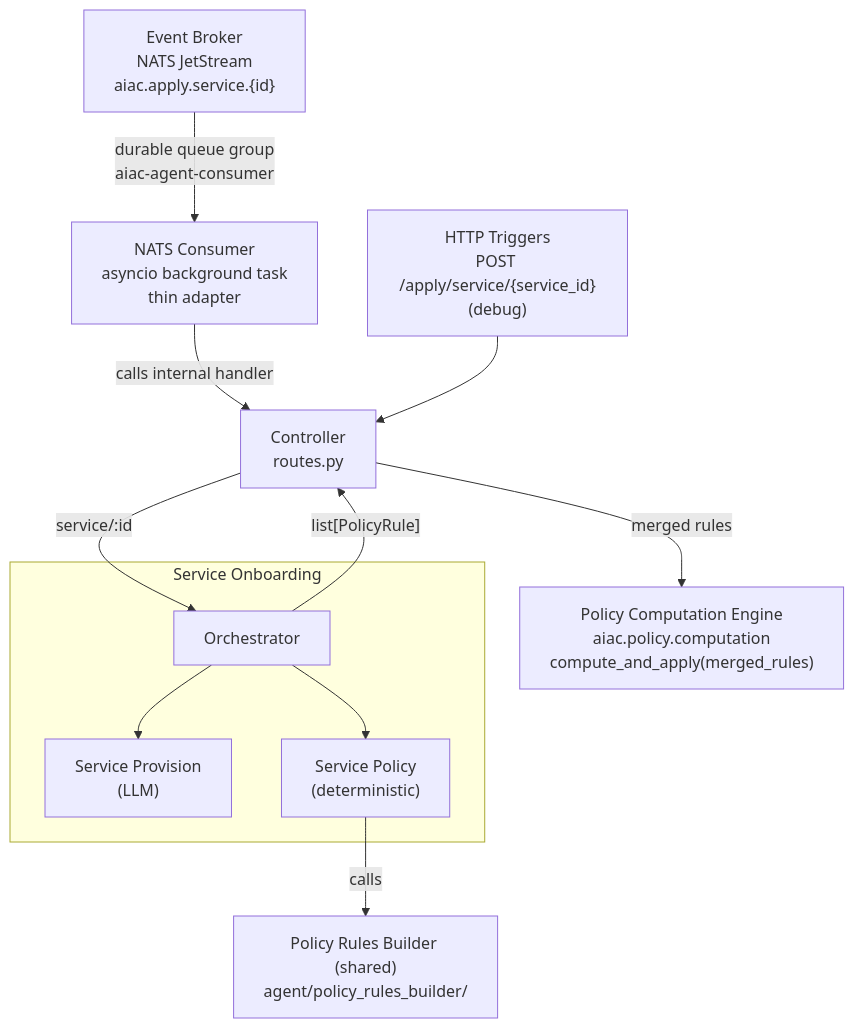
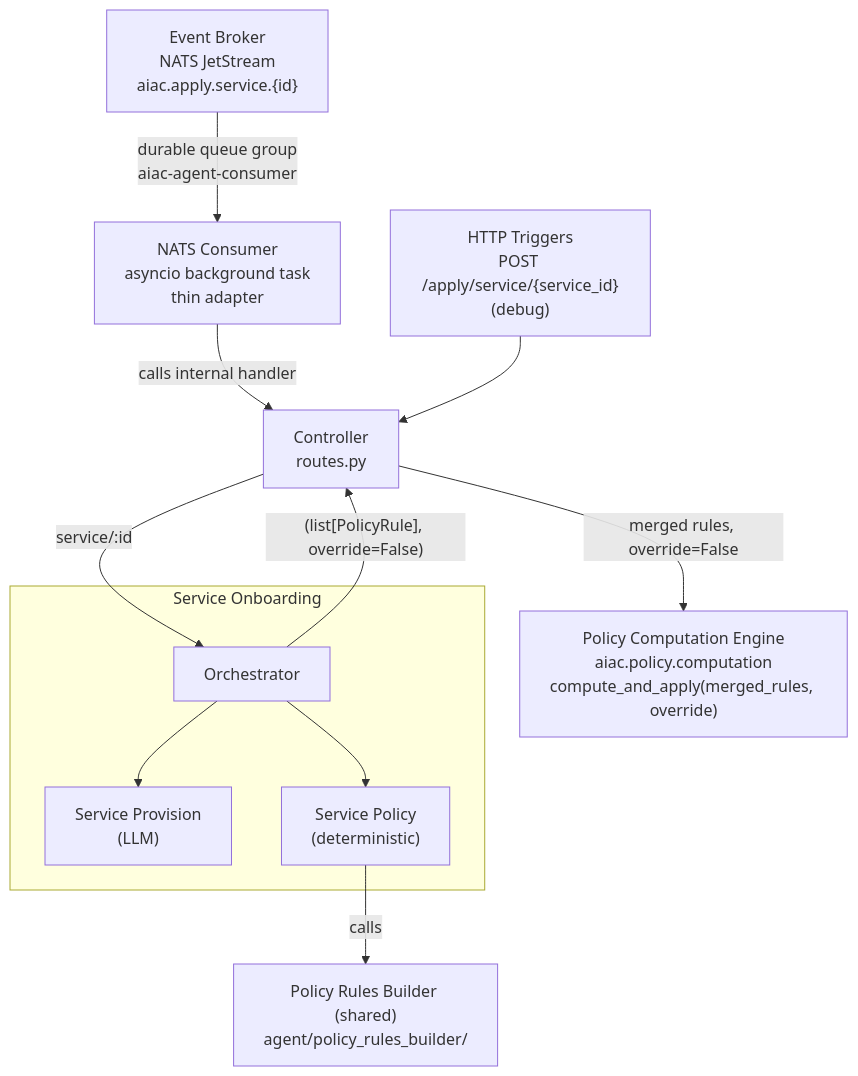
Before and after one commit to rossoctl/aiac: the diagram in inception/requirements/components/aiac-agent/uc1-service-onboarding.md, drawn with Mermaid. The commit also changed other lines of this file and 3 other files, not shown here.

First line of the commit message:
docs(aiac): Move role flattening upstream of PRB; add PCE append/override

````diff
--- a/inception/requirements/components/aiac-agent/uc1-service-onboarding.md
+++ b/inception/requirements/components/aiac-agent/uc1-service-onboarding.md
@@ -21,27 +21,27 @@
 ```mermaid
 flowchart TD
     NATS["Event Broker\nNATS JetStream\naiac.apply.service.{id}"]
     NATS_CONSUMER["NATS Consumer\nasyncio background task\nthin adapter"]
     TRIGGERS["HTTP Triggers\nPOST /apply/service/{service_id}\n(debug)"]
     CTRL["Controller\nroutes.py"]
 
     NATS -->|"durable queue group\naiac-agent-consumer"| NATS_CONSUMER
     NATS_CONSUMER -->|"calls internal handler"| CTRL
     TRIGGERS --> CTRL
 
     subgraph CO["Service Onboarding"]
         ORC["Orchestrator"]
         SA_PROV["Service Provision\n(LLM)"]
         SA_POL["Service Policy\n(deterministic)"]
         ORC --> SA_PROV
         ORC --> SA_POL
     end
 
     PRB["Policy Rules Builder (shared)\nagent/policy_rules_builder/"]
-    PCE["Policy Computation Engine\naiac.policy.computation\ncompute_and_apply(merged_rules)"]
+    PCE["Policy Computation Engine\naiac.policy.computation\ncompute_and_apply(merged_rules, override)"]
 
     CTRL -->|"service/:id"| ORC
     SA_POL -->|"calls"| PRB
-    ORC -->|"list[PolicyRule]"| CTRL
-    CTRL -->|"merged rules"| PCE
+    ORC -->|"(list[PolicyRule], override=False)"| CTRL
+    CTRL -->|"merged rules, override=False"| PCE
 ```
````
